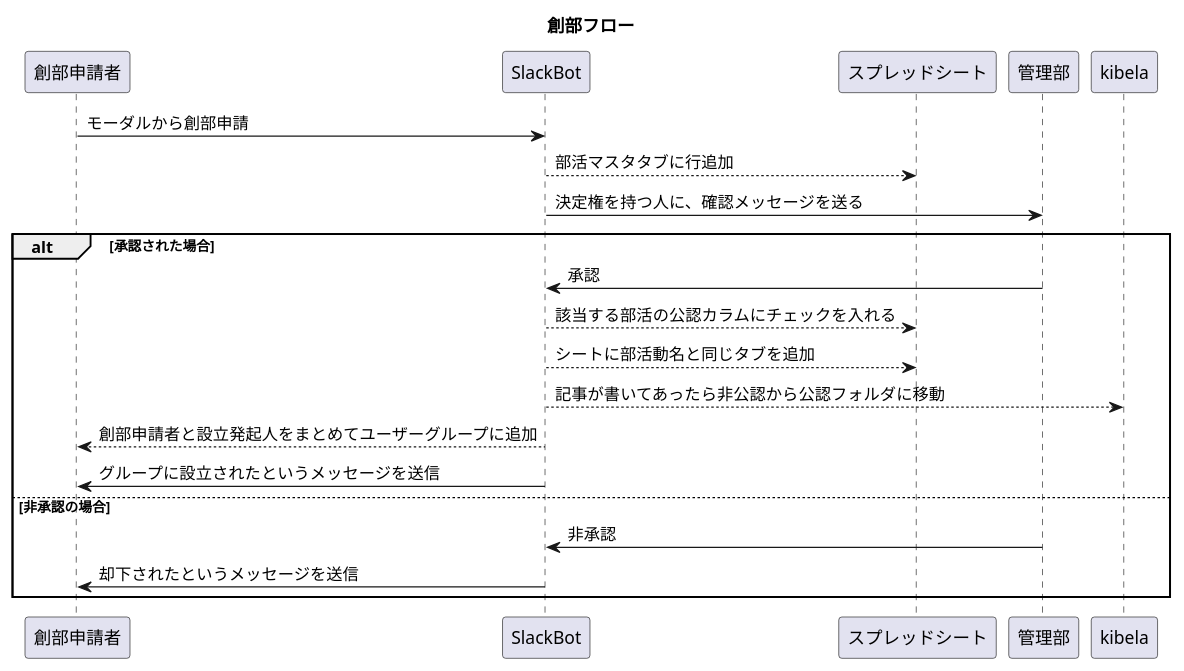
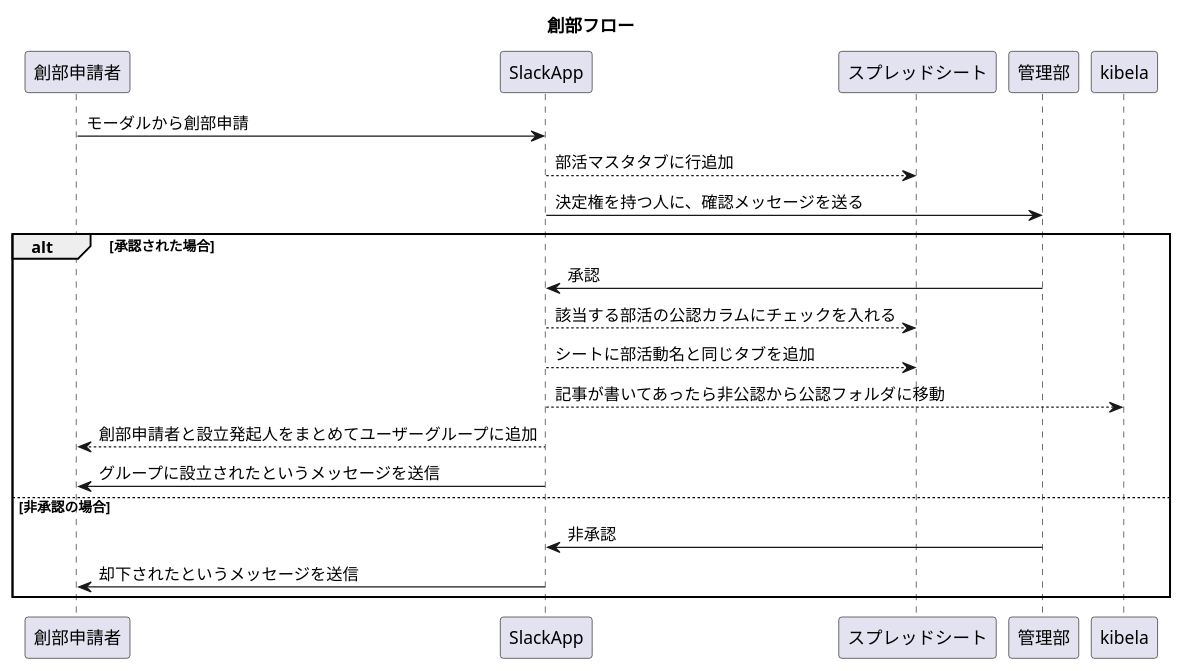
The diagram in diagrams/CreateClub.pu (tam-bourine/club-entry-manager), drawn with PlantUML before and after one commit. The commit also changed 1 other file, not shown here.

Commit message:
rename "Slack Bot" to "Slack App"

```diff
--- a/diagrams/CreateClub.pu
+++ b/diagrams/CreateClub.pu
@@ -1,19 +1,19 @@
 @startuml
 title 創部フロー
-創部申請者 -> SlackBot: モーダルから創部申請
-SlackBot --> スプレッドシート: 部活マスタタブに行追加
-SlackBot -> 管理部: 決定権を持つ人に、確認メッセージを送る
+創部申請者 -> SlackApp: モーダルから創部申請
+SlackApp --> スプレッドシート: 部活マスタタブに行追加
+SlackApp -> 管理部: 決定権を持つ人に、確認メッセージを送る
 
 alt 承認された場合
-    管理部 -> SlackBot: 承認
-    SlackBot --> スプレッドシート: 該当する部活の公認カラムにチェックを入れる
-    SlackBot --> スプレッドシート: シートに部活動名と同じタブを追加
-    SlackBot --> kibela: 記事が書いてあったら非公認から公認フォルダに移動
-    SlackBot --> 創部申請者: 創部申請者と設立発起人をまとめてユーザーグループに追加
-    SlackBot -> 創部申請者: グループに設立されたというメッセージを送信
+    管理部 -> SlackApp: 承認
+    SlackApp --> スプレッドシート: 該当する部活の公認カラムにチェックを入れる
+    SlackApp --> スプレッドシート: シートに部活動名と同じタブを追加
+    SlackApp --> kibela: 記事が書いてあったら非公認から公認フォルダに移動
+    SlackApp --> 創部申請者: 創部申請者と設立発起人をまとめてユーザーグループに追加
+    SlackApp -> 創部申請者: グループに設立されたというメッセージを送信
 else 非承認の場合
-    管理部 -> SlackBot: 非承認
-    SlackBot -> 創部申請者: 却下されたというメッセージを送信
+    管理部 -> SlackApp: 非承認
+    SlackApp -> 創部申請者: 却下されたというメッセージを送信
 end
 
 @enduml
```
